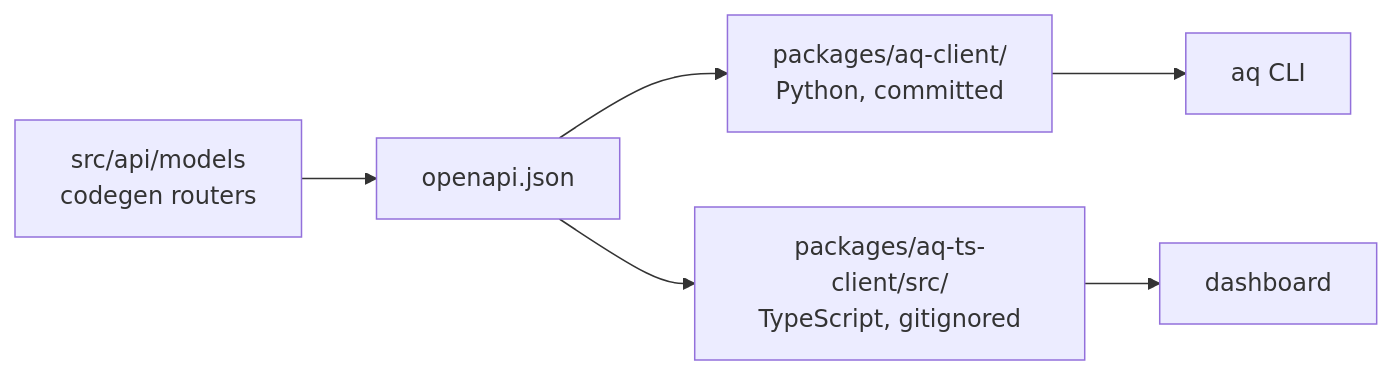
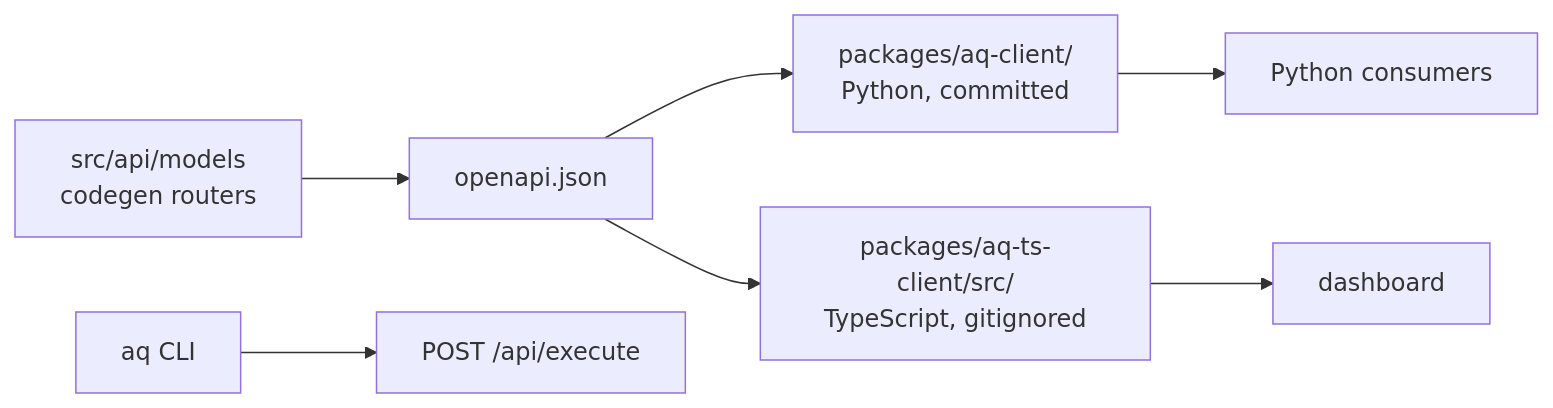
The diagram in docs/contributing/codegen.md (ElectricJack/agent-queue), drawn with Mermaid before and after one commit. The commit also changed other lines of this file and 8 other files, not shown here.

````diff
--- a/docs/contributing/codegen.md
+++ b/docs/contributing/codegen.md
@@ -146,8 +146,9 @@
 ```mermaid
 flowchart LR
     A[src/api/models<br/>codegen routers] --> B[openapi.json]
     B --> C[packages/aq-client/<br/>Python, committed]
     B --> D[packages/aq-ts-client/src/<br/>TypeScript, gitignored]
-    C --> E[aq CLI]
+    C --> E[Python consumers]
+    CLI[aq CLI] --> EXEC[POST /api/execute]
     D --> F[dashboard]
 ```
````
